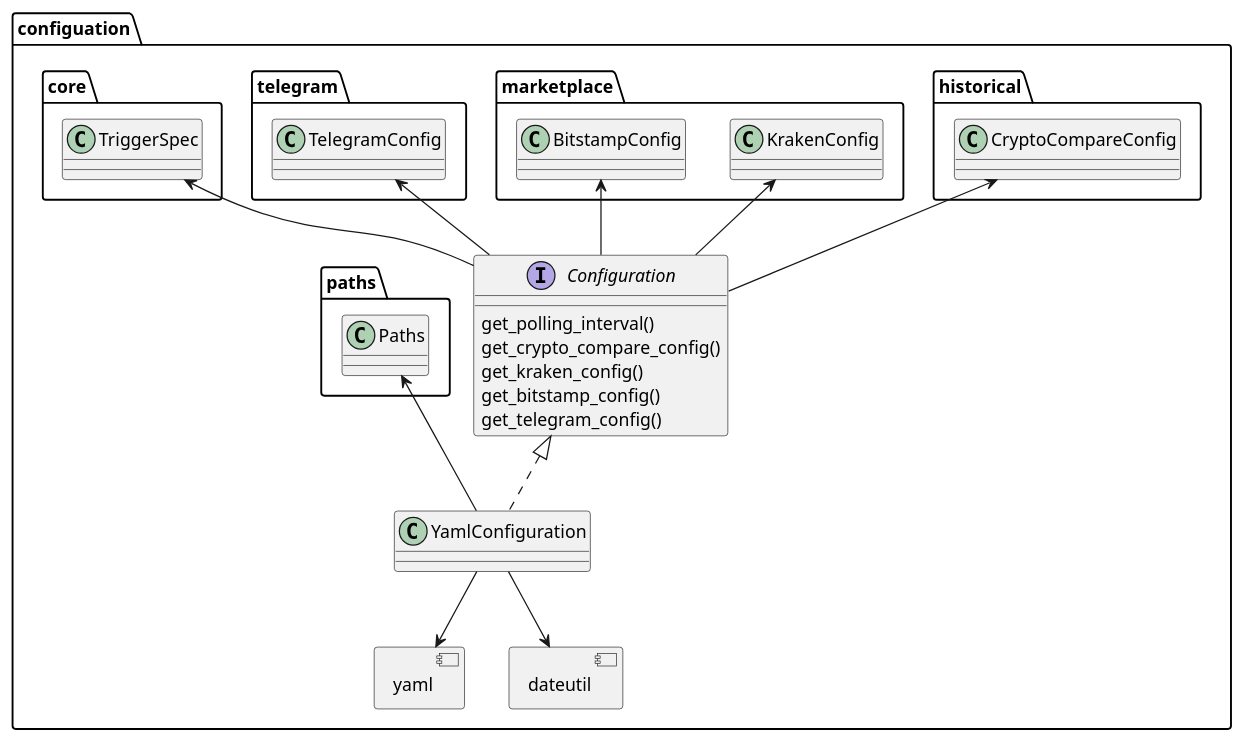
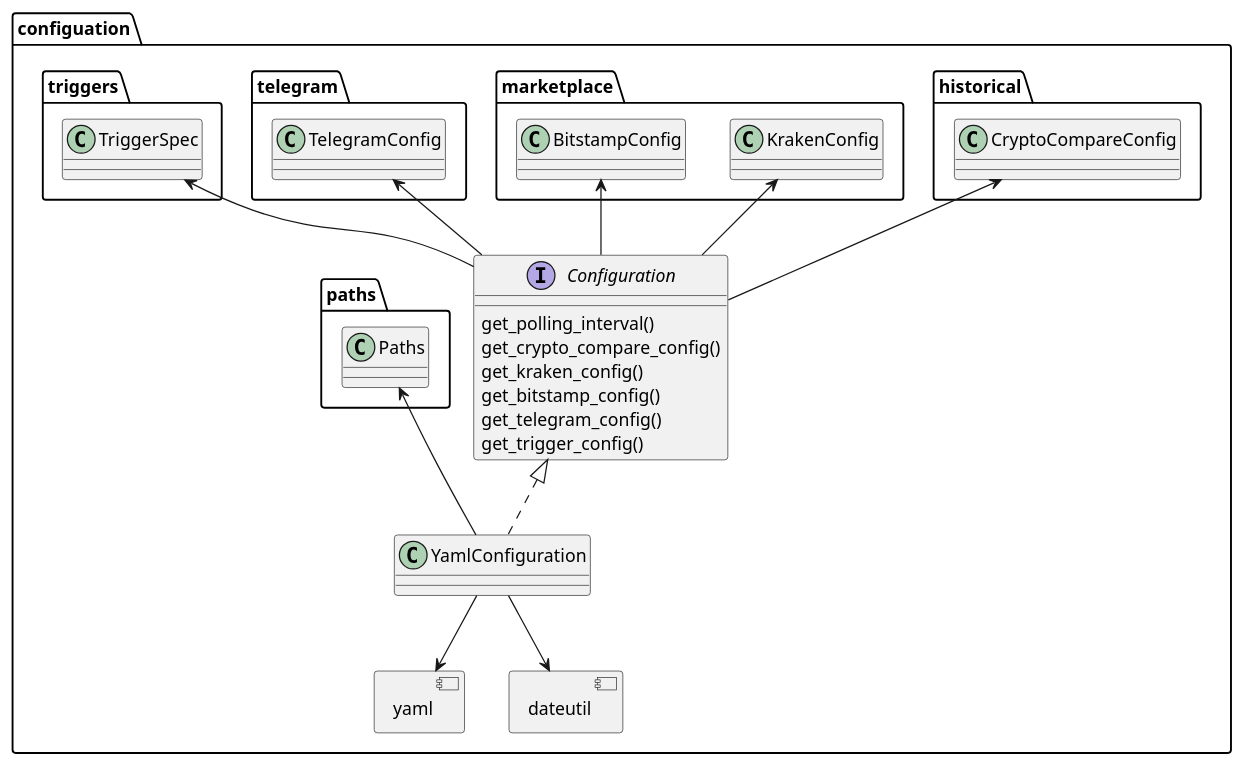
Before and after one commit to martin-ueding/vigilant-crypto-snatch: the diagram in docs/dev/graphs/configuration.puml, drawn with PlantUML.

Commit message:
Update configuration diagram

```diff
--- a/docs/dev/graphs/configuration.puml
+++ b/docs/dev/graphs/configuration.puml
@@ -1,35 +1,36 @@
 @startuml
 
 allowmixing
 
 namespace configuation {
 component yaml
 component dateutil
 
 interface Configuration {
     get_polling_interval()
     get_crypto_compare_config()
     get_kraken_config()
     get_bitstamp_config()
     get_telegram_config()
+    get_trigger_config()
 }
 
 class YamlConfiguration implements Configuration
 
 historical.CryptoCompareConfig <-- Configuration
 marketplace.KrakenConfig <-- Configuration
 marketplace.BitstampConfig <-- Configuration
 telegram.TelegramConfig <-- Configuration
-core.TriggerSpec <-- Configuration
+triggers.TriggerSpec <-- Configuration
 
 YamlConfiguration --> dateutil
 YamlConfiguration --> yaml
 
 
 paths.Paths <-- YamlConfiguration
 
 }
 
 
 
 @enduml
```
